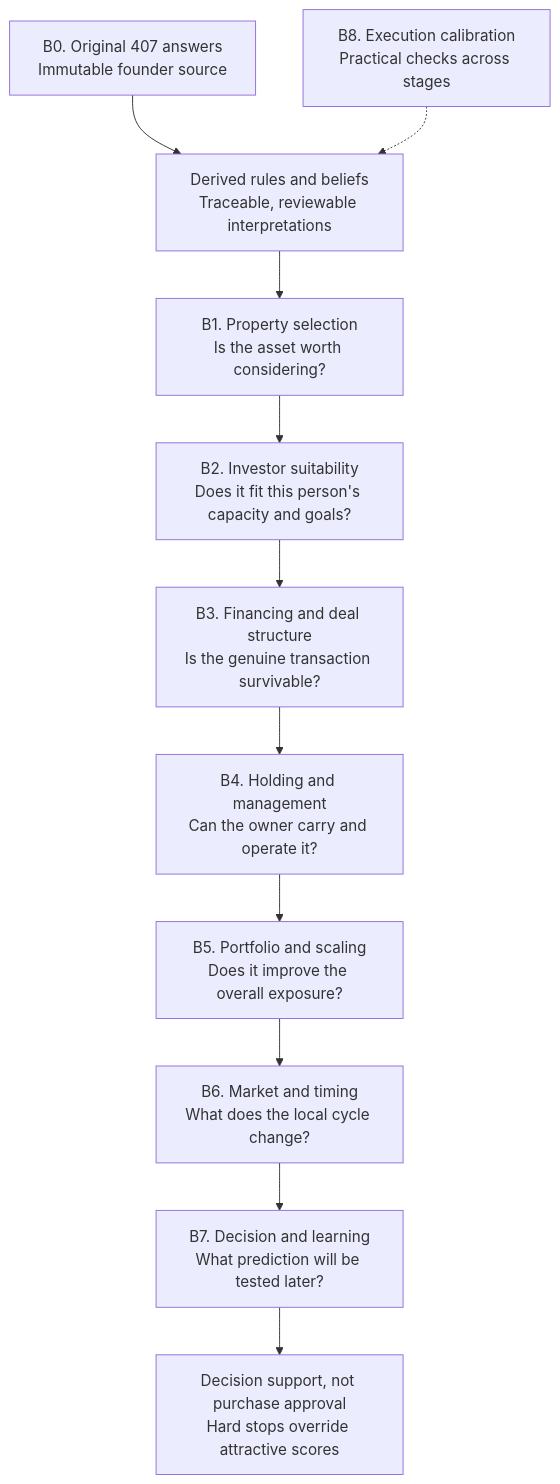
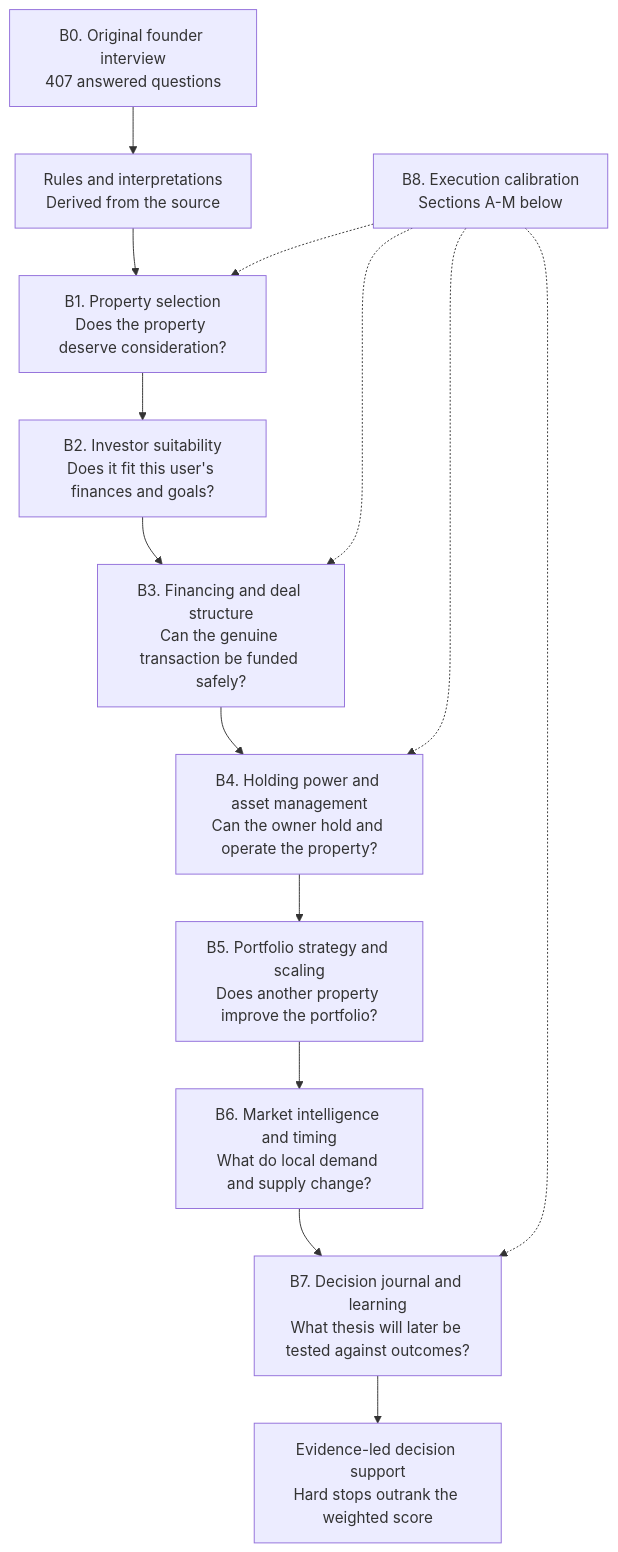
One commit to brandonkow/apexframework changed the third of 6 diagrams in docs/REPOSITORY_MAP.md. Above: the diagram before and after it, drawn with Mermaid. The commit also changed other lines of this file, not shown here.

Commit message:
Make full investment framework visible in repository map

````diff
--- a/docs/REPOSITORY_MAP.md
+++ b/docs/REPOSITORY_MAP.md
@@ -101,13 +101,16 @@
 ```mermaid
 flowchart TD
-  SOURCE["B0. Original 407 answers\nImmutable founder source"] --> RULES["Derived rules and beliefs\nTraceable, reviewable interpretations"]
-  RULES --> B1["B1. Property selection\nIs the asset worth considering?"]
-  B1 --> B2["B2. Investor suitability\nDoes it fit this person's capacity and goals?"]
-  B2 --> B3["B3. Financing and deal structure\nIs the genuine transaction survivable?"]
-  B3 --> B4["B4. Holding and management\nCan the owner carry and operate it?"]
-  B4 --> B5["B5. Portfolio and scaling\nDoes it improve the overall exposure?"]
-  B5 --> B6["B6. Market and timing\nWhat does the local cycle change?"]
-  B6 --> B7["B7. Decision and learning\nWhat prediction will be tested later?"]
-  B8["B8. Execution calibration\nPractical checks across stages"] -.-> RULES
-  B7 --> OUTPUT["Decision support, not purchase approval\nHard stops override attractive scores"]
+  SOURCE["B0. Original founder interview\n407 answered questions"] --> RULES["Rules and interpretations\nDerived from the source"]
+  RULES --> S1["B1. Property selection\nDoes the property deserve consideration?"]
+  S1 --> S2["B2. Investor suitability\nDoes it fit this user's finances and goals?"]
+  S2 --> S3["B3. Financing and deal structure\nCan the genuine transaction be funded safely?"]
+  S3 --> S4["B4. Holding power and asset management\nCan the owner hold and operate the property?"]
+  S4 --> S5["B5. Portfolio strategy and scaling\nDoes another property improve the portfolio?"]
+  S5 --> S6["B6. Market intelligence and timing\nWhat do local demand and supply change?"]
+  S6 --> S7["B7. Decision journal and learning\nWhat thesis will later be tested against outcomes?"]
+  S7 --> RESULT["Evidence-led decision support\nHard stops outrank the weighted score"]
+  EXEC["B8. Execution calibration\nSections A-M below"] -.-> S1
+  EXEC -.-> S3
+  EXEC -.-> S4
+  EXEC -.-> S7
 ```
````
